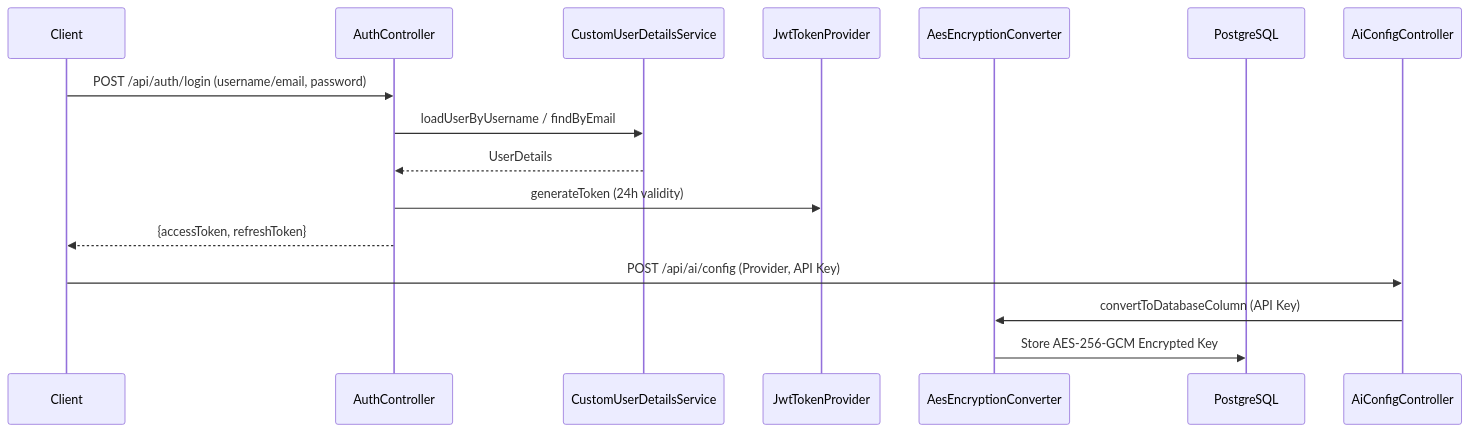
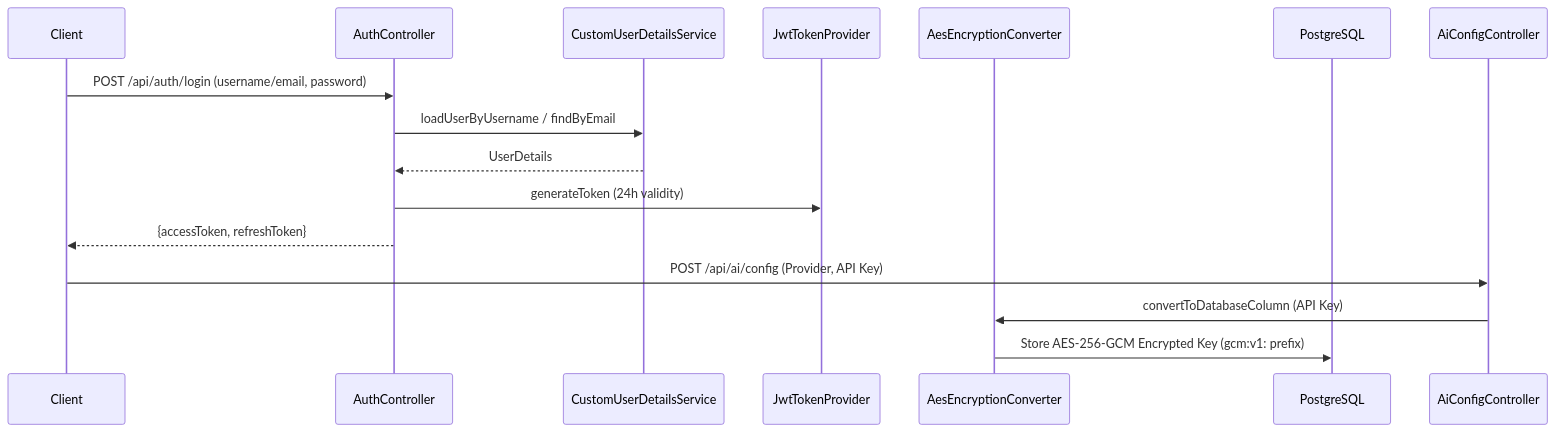
One commit to Dheerajdvn/AI-School-Management-System changed the second of 4 diagrams in Architecture.md. Above: the diagram before and after it, drawn with Mermaid. The commit also changed other lines of this file and 84 other files, not shown here.

````diff
--- a/Architecture.md
+++ b/Architecture.md
@@ -77,18 +110,18 @@
 ```mermaid
 sequenceDiagram
     participant Client
     participant AuthController
     participant CustomUserDetailsService
     participant JwtTokenProvider
     participant AesEncryptionConverter
     participant PostgreSQL
 
     Client->>AuthController: POST /api/auth/login (username/email, password)
     AuthController->>CustomUserDetailsService: loadUserByUsername / findByEmail
     CustomUserDetailsService-->>AuthController: UserDetails
     AuthController->>JwtTokenProvider: generateToken (24h validity)
     AuthController-->>Client: {accessToken, refreshToken}
     Client->>AiConfigController: POST /api/ai/config (Provider, API Key)
     AiConfigController->>AesEncryptionConverter: convertToDatabaseColumn (API Key)
-    AesEncryptionConverter->>PostgreSQL: Store AES-256-GCM Encrypted Key
+    AesEncryptionConverter->>PostgreSQL: Store AES-256-GCM Encrypted Key (gcm:v1: prefix)
 ```
````
